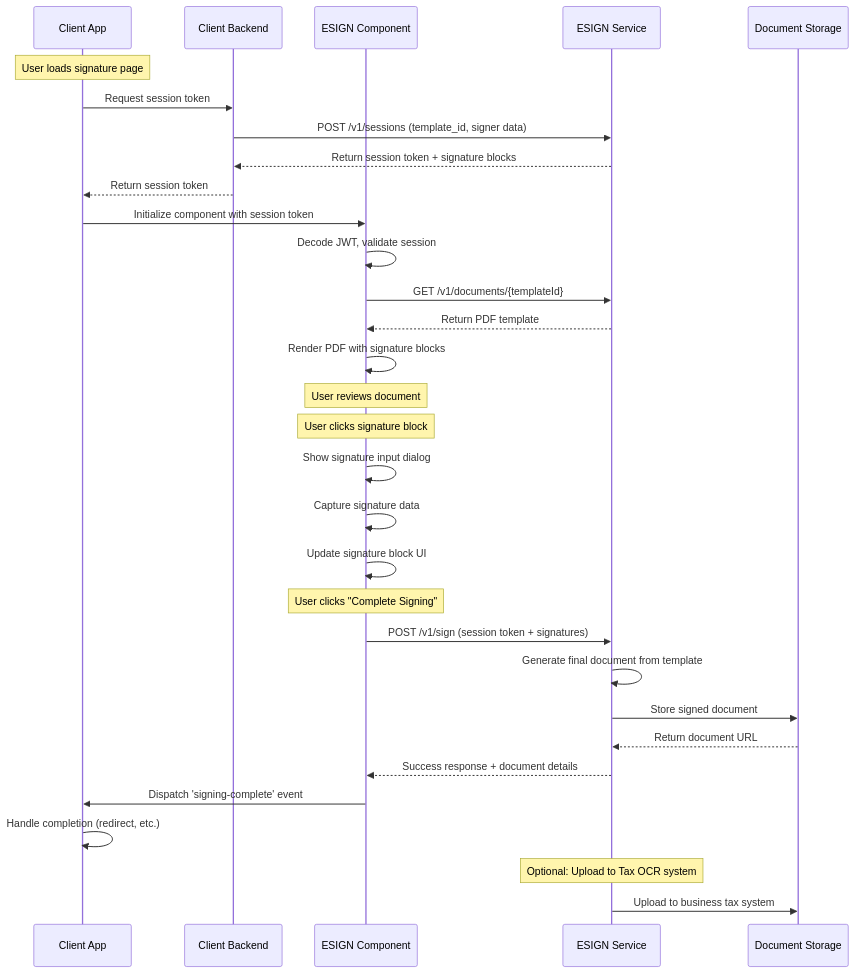
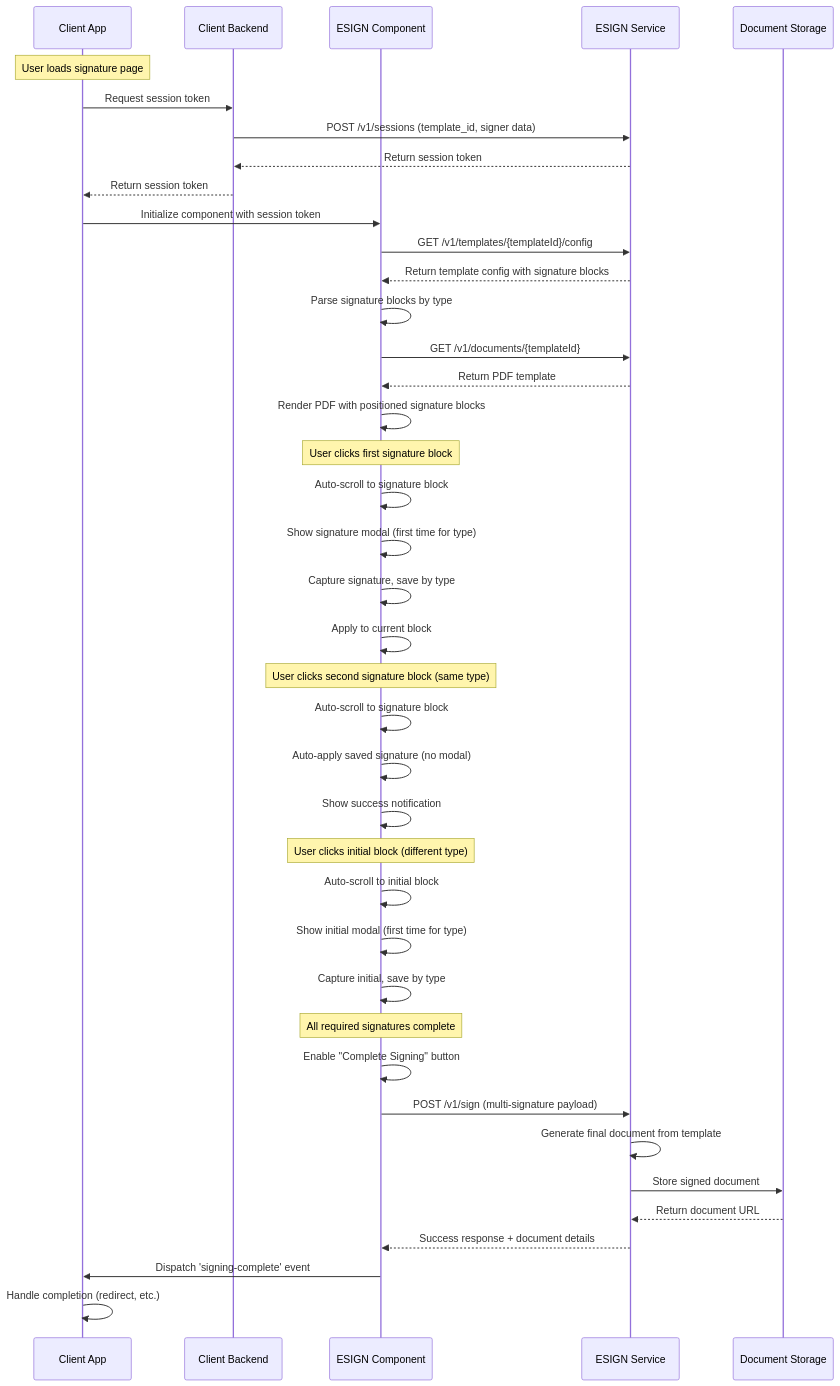
One commit to joinworth/esign-SDK changed the diagram in development.md. Above: the diagram before and after it, drawn with Mermaid. The commit also changed other lines of this file, not shown here.

````diff
--- a/development.md
+++ b/development.md
@@ -80,39 +96,49 @@
 ```mermaid
 sequenceDiagram
     participant Client as Client App
     participant Backend as Client Backend
     participant SDK as ESIGN Component
     participant API as ESIGN Service
     participant Storage as Document Storage
 
     Note over Client: User loads signature page
     Client->>Backend: Request session token
     Backend->>API: POST /v1/sessions (template_id, signer data)
-    API-->>Backend: Return session token + signature blocks
+    API-->>Backend: Return session token
     Backend-->>Client: Return session token
 
     Client->>SDK: Initialize component with session token
-    SDK->>SDK: Decode JWT, validate session
+    SDK->>API: GET /v1/templates/{templateId}/config
+    API-->>SDK: Return template config with signature blocks
+    SDK->>SDK: Parse signature blocks by type
     SDK->>API: GET /v1/documents/{templateId}
     API-->>SDK: Return PDF template
-    SDK->>SDK: Render PDF with signature blocks
+    SDK->>SDK: Render PDF with positioned signature blocks
 
-    Note over SDK: User reviews document
-    Note over SDK: User clicks signature block
-    SDK->>SDK: Show signature input dialog
-    SDK->>SDK: Capture signature data
-    SDK->>SDK: Update signature block UI
+    Note over SDK: User clicks first signature block
+    SDK->>SDK: Auto-scroll to signature block
+    SDK->>SDK: Show signature modal (first time for type)
+    SDK->>SDK: Capture signature, save by type
+    SDK->>SDK: Apply to current block
 
-    Note over SDK: User clicks "Complete Signing"
-    SDK->>API: POST /v1/sign (session token + signatures)
+    Note over SDK: User clicks second signature block (same type)
+    SDK->>SDK: Auto-scroll to signature block
+    SDK->>SDK: Auto-apply saved signature (no modal)
+    SDK->>SDK: Show success notification
+
+    Note over SDK: User clicks initial block (different type)
+    SDK->>SDK: Auto-scroll to initial block
+    SDK->>SDK: Show initial modal (first time for type)
+    SDK->>SDK: Capture initial, save by type
+
+    Note over SDK: All required signatures complete
+    SDK->>SDK: Enable "Complete Signing" button
+    SDK->>API: POST /v1/sign (multi-signature payload)
     API->>API: Generate final document from template
     API->>Storage: Store signed document
     Storage-->>API: Return document URL
     API-->>SDK: Success response + document details
 
     SDK->>Client: Dispatch 'signing-complete' event
     Client->>Client: Handle completion (redirect, etc.)
-
-    Note over API: Optional: Upload to Tax OCR system
-    API->>Storage: Upload to business tax system
 ```
````
